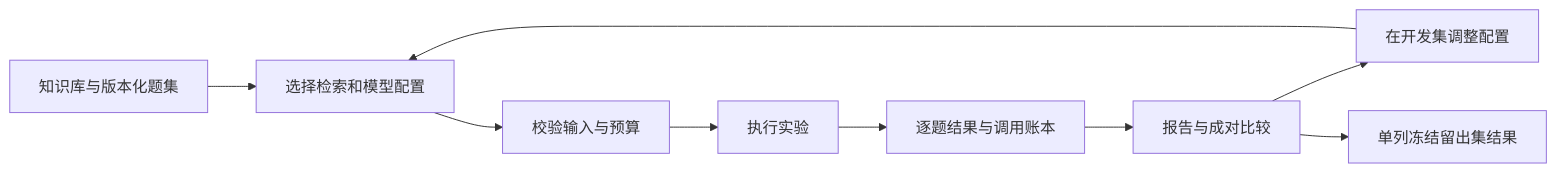
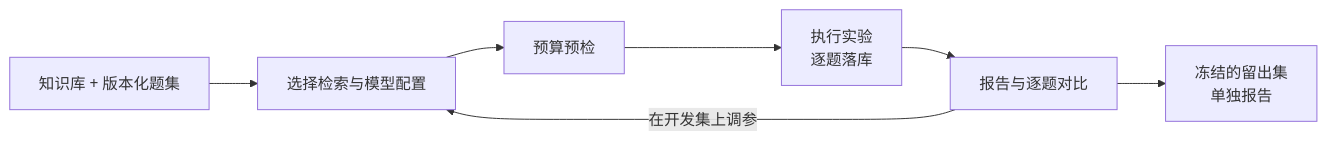
The diagram in README.md (asifours-blip/llm-evaluation-playground), drawn with Mermaid before and after one commit. The commit also changed other lines of this file, not shown here.

````diff
--- a/README.md
+++ b/README.md
@@ -11,11 +9,9 @@
 ```mermaid
 flowchart LR
-    A[知识库与版本化题集] --> B[选择检索和模型配置]
-    B --> C[校验输入与预算]
-    C --> D[执行实验]
-    D --> E[逐题结果与调用账本]
-    E --> F[报告与成对比较]
-    F --> G[在开发集调整配置]
-    G --> B
-    F --> H[单列冻结留出集结果]
+    A[知识库 + 版本化题集] --> B[选择检索与模型配置]
+    B --> C[预算预检]
+    C --> D[执行实验<br/>逐题落库]
+    D --> E[报告与逐题对比]
+    E -->|在开发集上调参| B
+    E --> F[冻结的留出集<br/>单独报告]
 ```
````
